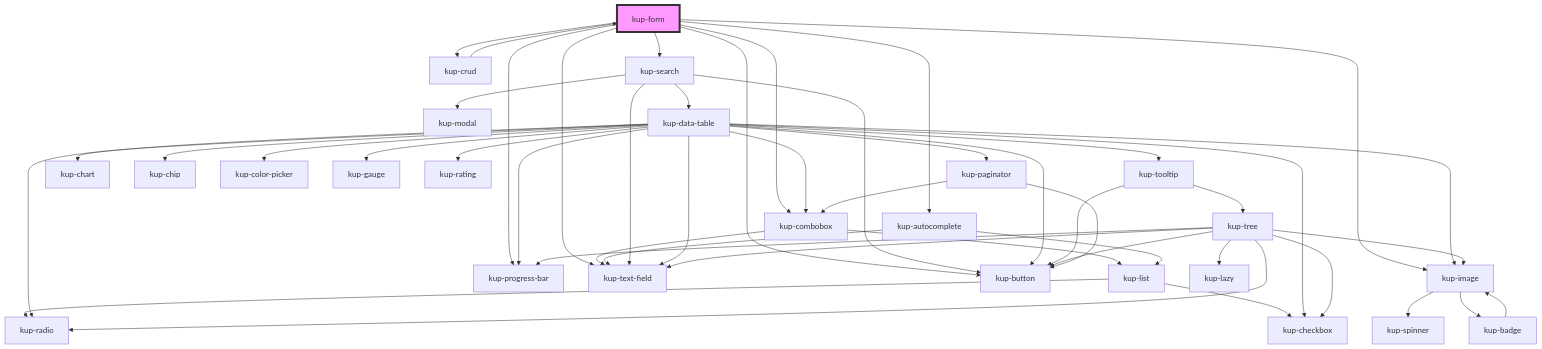
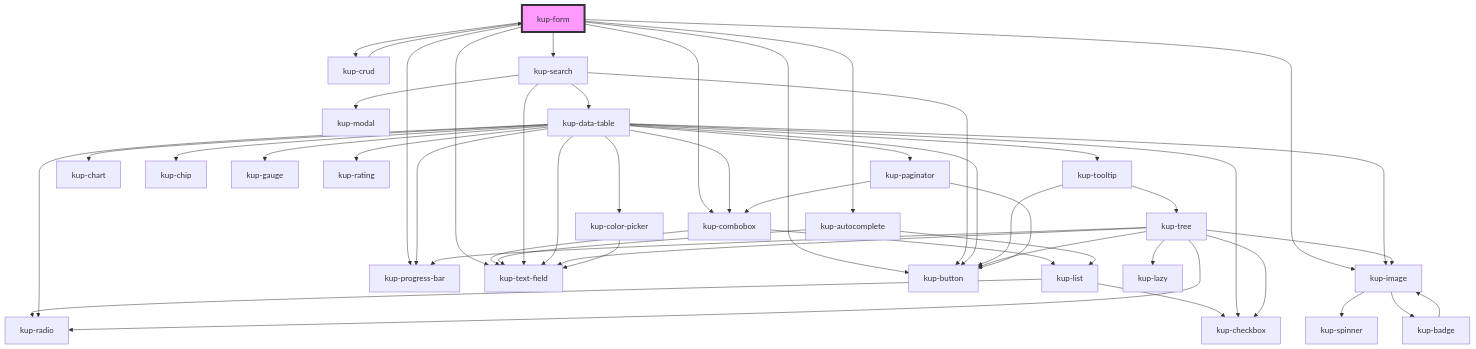
The diagram in packages/ketchup/src/components/kup-form/readme.md (smeup/ketchup), drawn with Mermaid before and after one commit. The commit also changed 8 other files, not shown here.

Commit message:
Handled text field in color picker.

````diff
--- a/packages/ketchup/src/components/kup-form/readme.md
+++ b/packages/ketchup/src/components/kup-form/readme.md
@@ -131,51 +131,52 @@
 ```mermaid
 graph TD;
   kup-form --> kup-combobox
   kup-form --> kup-crud
   kup-form --> kup-autocomplete
   kup-form --> kup-search
   kup-form --> kup-image
   kup-form --> kup-progress-bar
   kup-form --> kup-text-field
   kup-form --> kup-button
   kup-combobox --> kup-text-field
   kup-combobox --> kup-list
   kup-list --> kup-radio
   kup-list --> kup-checkbox
   kup-crud --> kup-form
   kup-autocomplete --> kup-text-field
   kup-autocomplete --> kup-list
   kup-search --> kup-text-field
   kup-search --> kup-button
   kup-search --> kup-modal
   kup-search --> kup-data-table
   kup-data-table --> kup-checkbox
   kup-data-table --> kup-button
   kup-data-table --> kup-text-field
   kup-data-table --> kup-tooltip
   kup-data-table --> kup-image
   kup-data-table --> kup-chart
   kup-data-table --> kup-chip
   kup-data-table --> kup-color-picker
   kup-data-table --> kup-gauge
   kup-data-table --> kup-progress-bar
   kup-data-table --> kup-rating
   kup-data-table --> kup-radio
   kup-data-table --> kup-paginator
   kup-data-table --> kup-combobox
   kup-tooltip --> kup-button
   kup-tooltip --> kup-tree
   kup-tree --> kup-lazy
   kup-tree --> kup-button
   kup-tree --> kup-checkbox
   kup-tree --> kup-image
   kup-tree --> kup-progress-bar
   kup-tree --> kup-radio
   kup-tree --> kup-text-field
   kup-image --> kup-spinner
   kup-image --> kup-badge
   kup-badge --> kup-image
+  kup-color-picker --> kup-text-field
   kup-paginator --> kup-button
   kup-paginator --> kup-combobox
   style kup-form fill:#f9f,stroke:#333,stroke-width:4px
 ```
````
